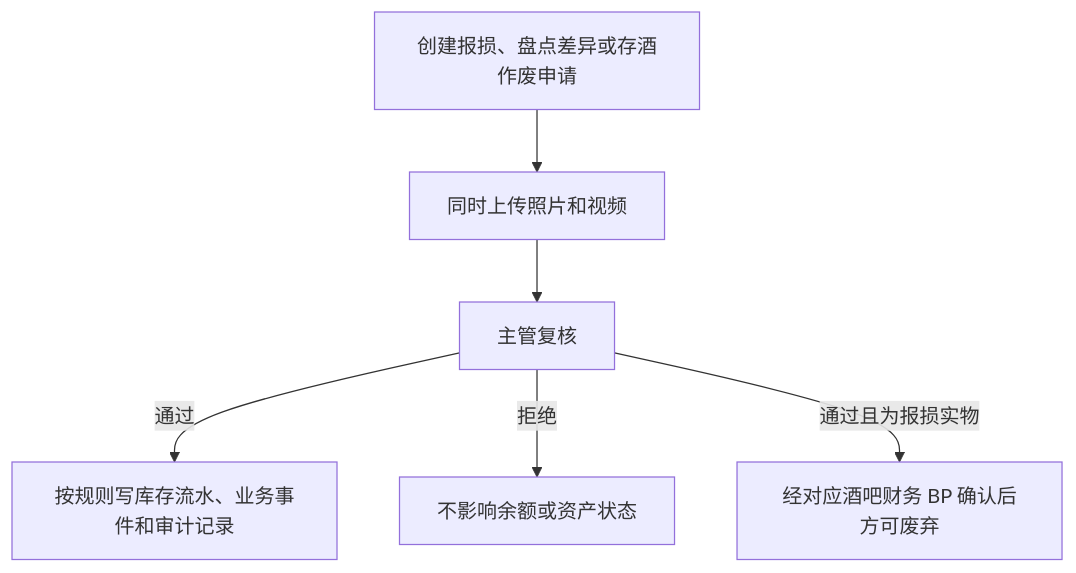
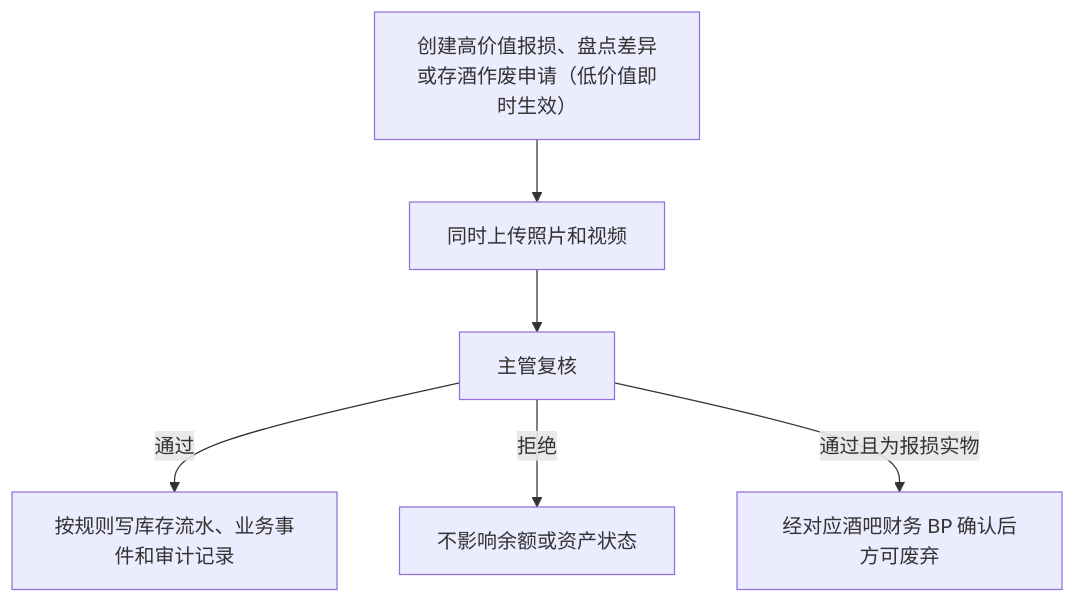
The fourth of 4 diagrams in docs/supply-chain-inventory-development-design-v0.1.md (jxh1979/mall), drawn with Mermaid before and after one commit. The commit also changed other lines of this file and 132 other files, not shown here.

````diff
--- a/docs/supply-chain-inventory-development-design-v0.1.md
+++ b/docs/supply-chain-inventory-development-design-v0.1.md
@@ -325,8 +327,8 @@
 ```mermaid
 flowchart TD
-  A["创建报损、盘点差异或存酒作废申请"] --> B["同时上传照片和视频"]
+  A["创建高价值报损、盘点差异或存酒作废申请（低价值即时生效）"] --> B["同时上传照片和视频"]
   B --> C["主管复核"]
   C -- 通过 --> D["按规则写库存流水、业务事件和审计记录"]
   C -- 拒绝 --> E["不影响余额或资产状态"]
   C -- 通过且为报损实物 --> F["经对应酒吧财务 BP 确认后方可废弃"]
 ```
````
